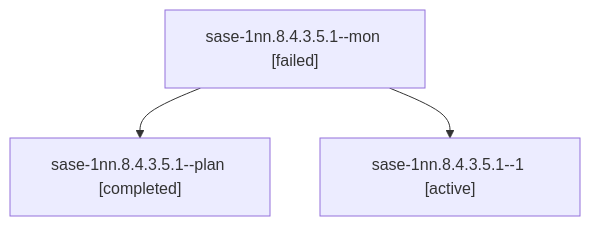
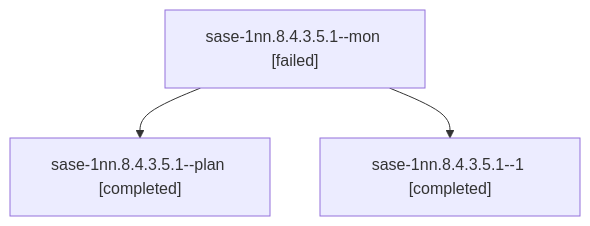
One commit to sase-org/sase--agents changed the diagram in sessions/bbugyi200.athena.sase-1nn.8.4.3.5.1.md. Above: the diagram before and after it, drawn with Mermaid. The commit also changed other lines of this file and 139 other files, not shown here.

````diff
--- a/sessions/bbugyi200.athena.sase-1nn.8.4.3.5.1.md
+++ b/sessions/bbugyi200.athena.sase-1nn.8.4.3.5.1.md
@@ -9,8 +9,8 @@
 ```mermaid
 flowchart TD
   n0["sase-1nn.8.4.3.5.1--mon [failed]"]
   n1["sase-1nn.8.4.3.5.1--plan [completed]"]
   n0 --> n1
-  n2["sase-1nn.8.4.3.5.1--1 [active]"]
+  n2["sase-1nn.8.4.3.5.1--1 [completed]"]
   n0 --> n2
 ```
````
